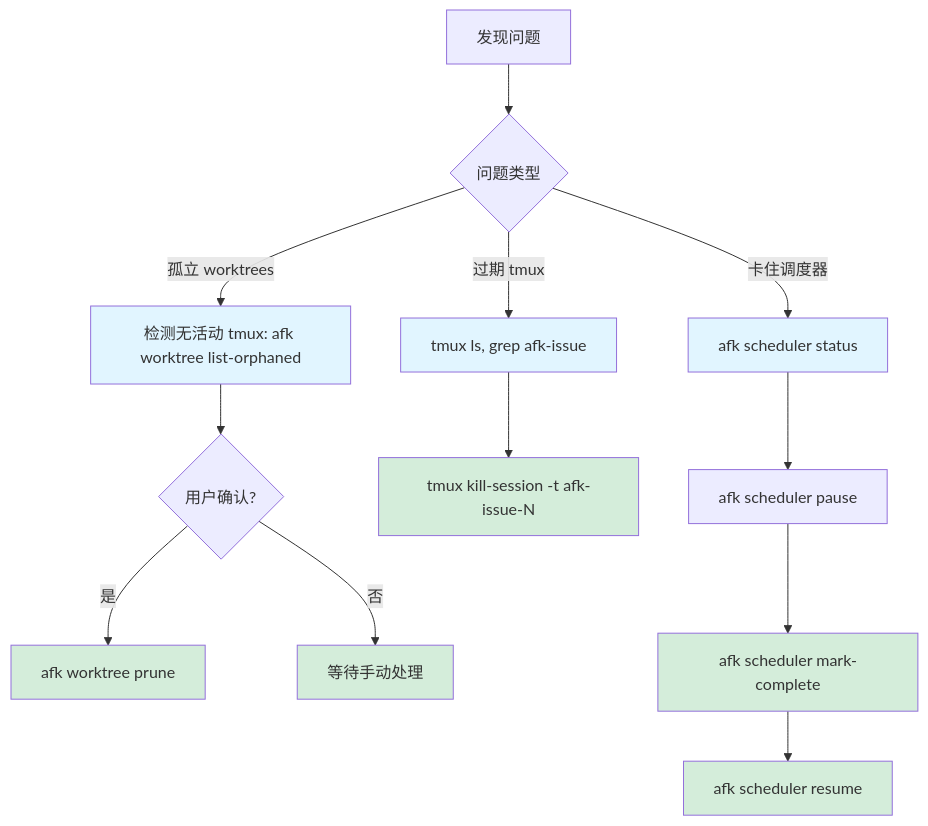
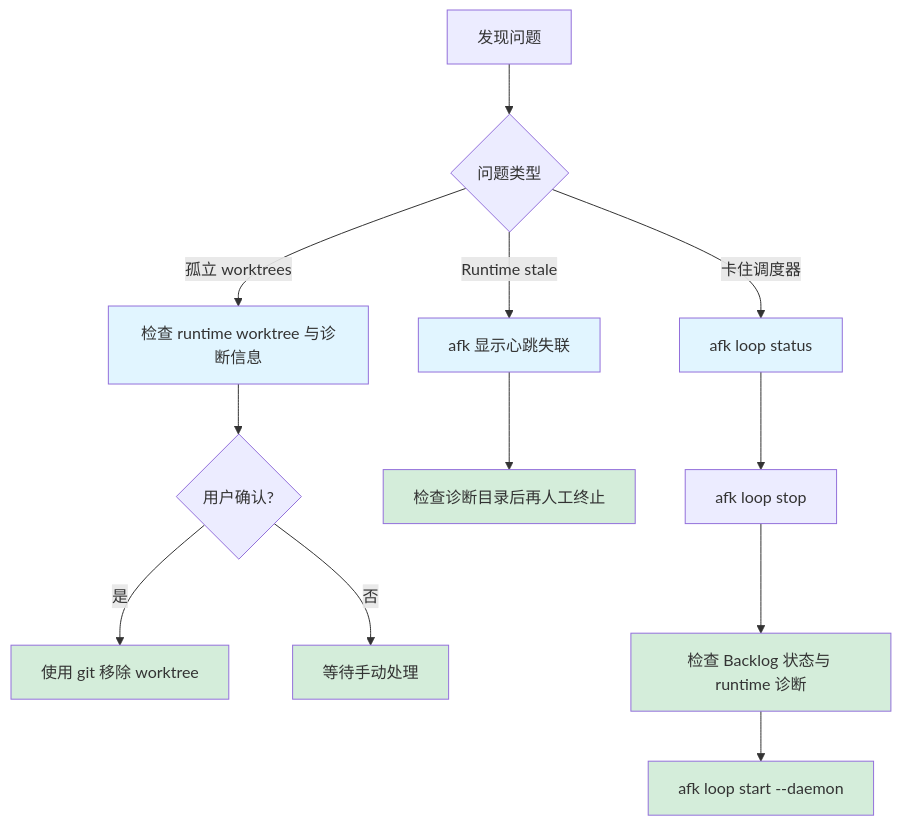
One commit to easyhaloo/afk changed the eighth of 9 diagrams in docs/WORKFLOWS_zh.md. Above: the diagram before and after it, drawn with Mermaid. The commit also changed other lines of this file and 87 other files, not shown here.

Commit message:
feat(backlog): link work items with runtime execution

````diff
--- a/docs/WORKFLOWS_zh.md
+++ b/docs/WORKFLOWS_zh.md
@@ -422,22 +418,22 @@
 ```mermaid
 flowchart TD
     Issue[发现问题] --> Type{问题类型}
 
-    Type -->|孤立 worktrees| Orphan["检测无活动 tmux: afk worktree list-orphaned"]
+    Type -->|孤立 worktrees| Orphan["检查 runtime worktree 与诊断信息"]
     Orphan --> Confirm{用户确认?}
-    Confirm -->|是| Prune[afk worktree prune]
+    Confirm -->|是| Prune["使用 git 移除 worktree"]
     Confirm -->|否| Wait[等待手动处理]
 
-    Type -->|过期 tmux| Expired["tmux ls, grep afk-issue"]
-    Expired --> Kill["tmux kill-session -t afk-issue-N"]
+    Type -->|Runtime stale| Expired["afk 显示心跳失联"]
+    Expired --> Kill["检查诊断目录后再人工终止"]
 
-    Type -->|卡住调度器| Stuck[afk scheduler status]
-    Stuck --> Pause[afk scheduler pause]
-    Pause --> Manual["afk scheduler mark-complete"]
-    Manual --> Resume[afk scheduler resume]
+    Type -->|卡住调度器| Stuck[afk loop status]
+    Stuck --> Pause[afk loop stop]
+    Pause --> Manual["检查 Backlog 状态与 runtime 诊断"]
+    Manual --> Resume[afk loop start --daemon]
 
     classDef detect fill:#e1f5ff
     classDef action fill:#d4edda
     class Orphan,Expired,Stuck detect
     class Prune,Kill,Manual,Resume,Wait action
 ```
````
